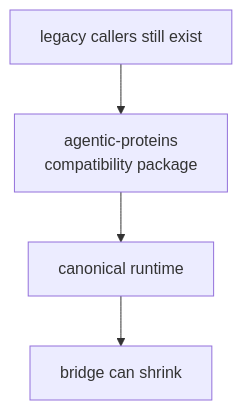
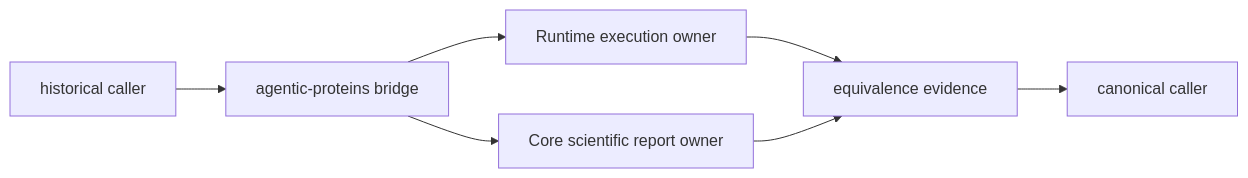
The first of 2 diagrams in docs/02-agentic-proteins/foundation/index.md (bijux/bijux-proteomics), drawn with Mermaid before and after one commit. The commit also changed other lines of this file and 4 other files, not shown here.

````diff
--- a/docs/02-agentic-proteins/foundation/index.md
+++ b/docs/02-agentic-proteins/foundation/index.md
@@ -15,11 +17,9 @@
 ```mermaid
-flowchart TB
-    past["legacy callers still exist"]
-    bridge["agentic-proteins<br/>compatibility package"]
-    runtime["canonical runtime"]
-    retire["bridge can shrink"]
-
-    past --> bridge
-    bridge --> runtime
-    runtime --> retire
+flowchart LR
+    C["historical caller"] --> B["agentic-proteins bridge"]
+    B --> R["Runtime execution owner"]
+    B --> S["Core scientific report owner"]
+    R --> E["equivalence evidence"]
+    S --> E
+    E --> M["canonical caller"]
 ```
````
